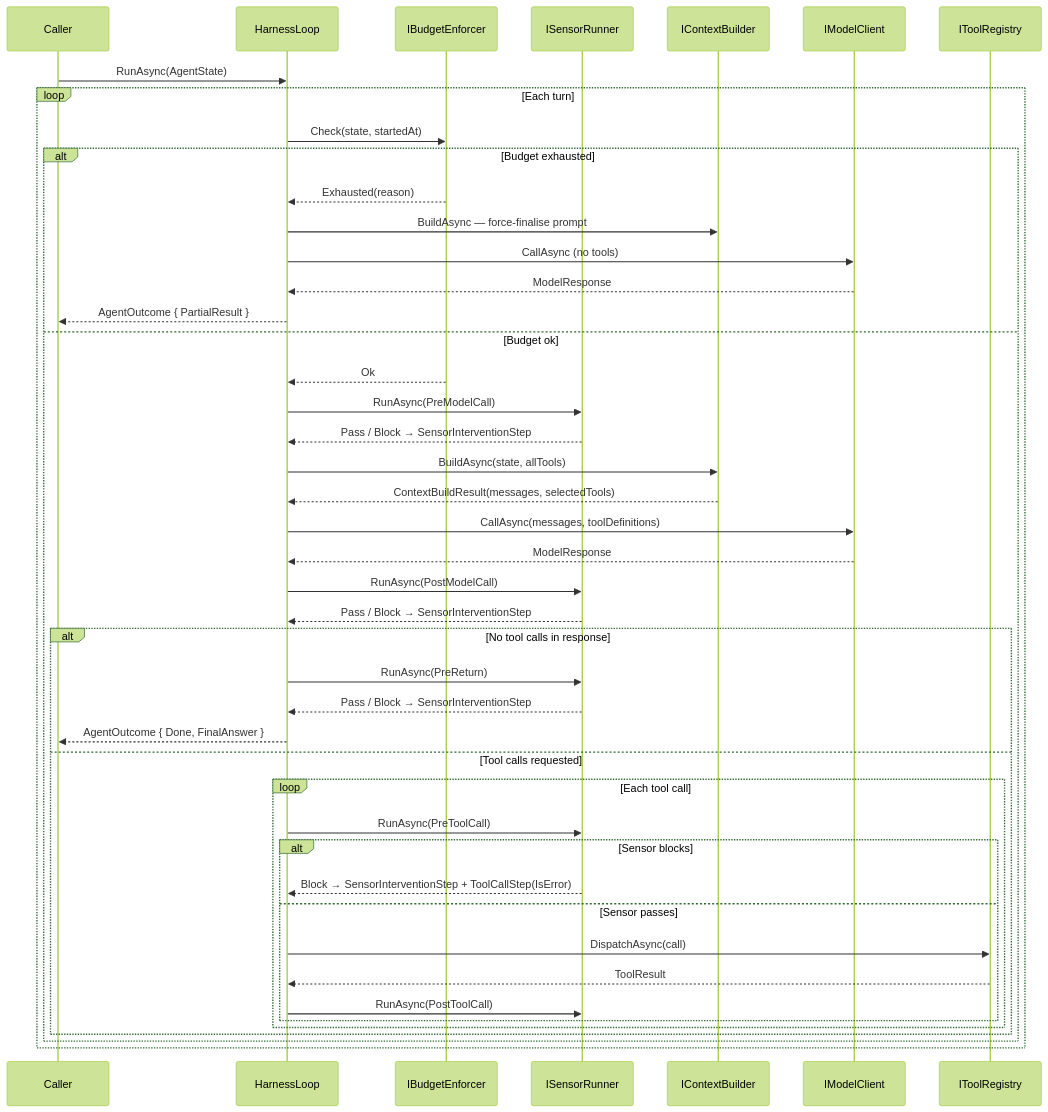
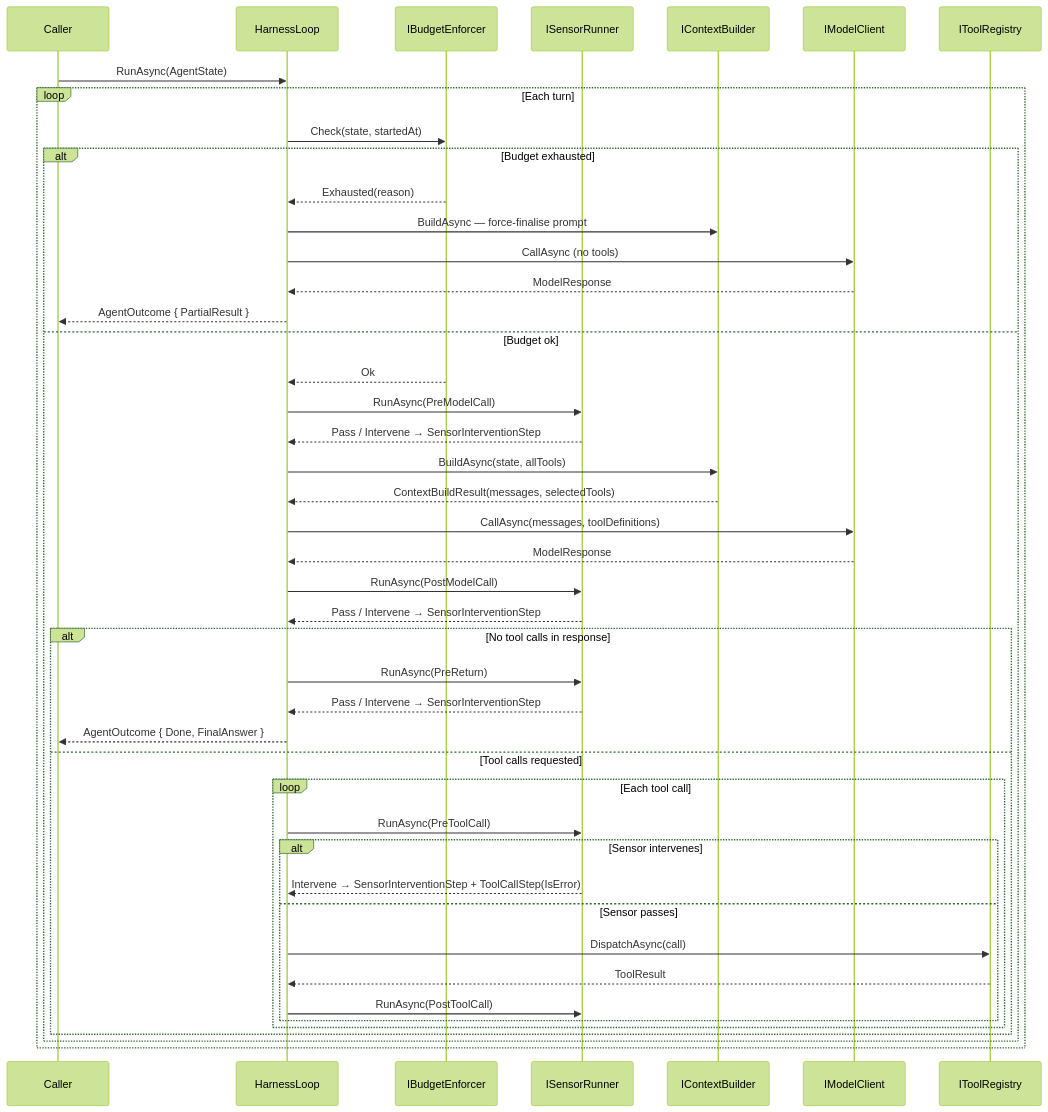
Before and after one commit to AnilKerai/model-harness: the fourth of 4 diagrams in README.md, drawn with Mermaid (forest theme). The commit also changed other lines of this file and 2 other files, not shown here.

First line of the commit message:
Update docs to reflect sensor rename and hookpoint semantics

````diff
--- a/README.md
+++ b/README.md
@@ -220,49 +221,49 @@
 ```mermaid
 sequenceDiagram
     participant C as Caller
     participant L as HarnessLoop
     participant B as IBudgetEnforcer
     participant S as ISensorRunner
     participant CB as IContextBuilder
     participant M as IModelClient
     participant R as IToolRegistry
 
     C->>L: RunAsync(AgentState)
 
     loop Each turn
         L->>B: Check(state, startedAt)
         alt Budget exhausted
             B-->>L: Exhausted(reason)
             L->>CB: BuildAsync — force-finalise prompt
             L->>M: CallAsync (no tools)
             M-->>L: ModelResponse
             L-->>C: AgentOutcome { PartialResult }
         else Budget ok
             B-->>L: Ok
             L->>S: RunAsync(PreModelCall)
-            S-->>L: Pass / Block → SensorInterventionStep
+            S-->>L: Pass / Intervene → SensorInterventionStep
             L->>CB: BuildAsync(state, allTools)
             CB-->>L: ContextBuildResult(messages, selectedTools)
             L->>M: CallAsync(messages, toolDefinitions)
             M-->>L: ModelResponse
             L->>S: RunAsync(PostModelCall)
-            S-->>L: Pass / Block → SensorInterventionStep
+            S-->>L: Pass / Intervene → SensorInterventionStep
             alt No tool calls in response
                 L->>S: RunAsync(PreReturn)
-                S-->>L: Pass / Block → SensorInterventionStep
+                S-->>L: Pass / Intervene → SensorInterventionStep
                 L-->>C: AgentOutcome { Done, FinalAnswer }
             else Tool calls requested
                 loop Each tool call
                     L->>S: RunAsync(PreToolCall)
-                    alt Sensor blocks
-                        S-->>L: Block → SensorInterventionStep + ToolCallStep(IsError)
+                    alt Sensor intervenes
+                        S-->>L: Intervene → SensorInterventionStep + ToolCallStep(IsError)
                     else Sensor passes
                         L->>R: DispatchAsync(call)
                         R-->>L: ToolResult
                         L->>S: RunAsync(PostToolCall)
                     end
                 end
             end
         end
     end
 ```
````
